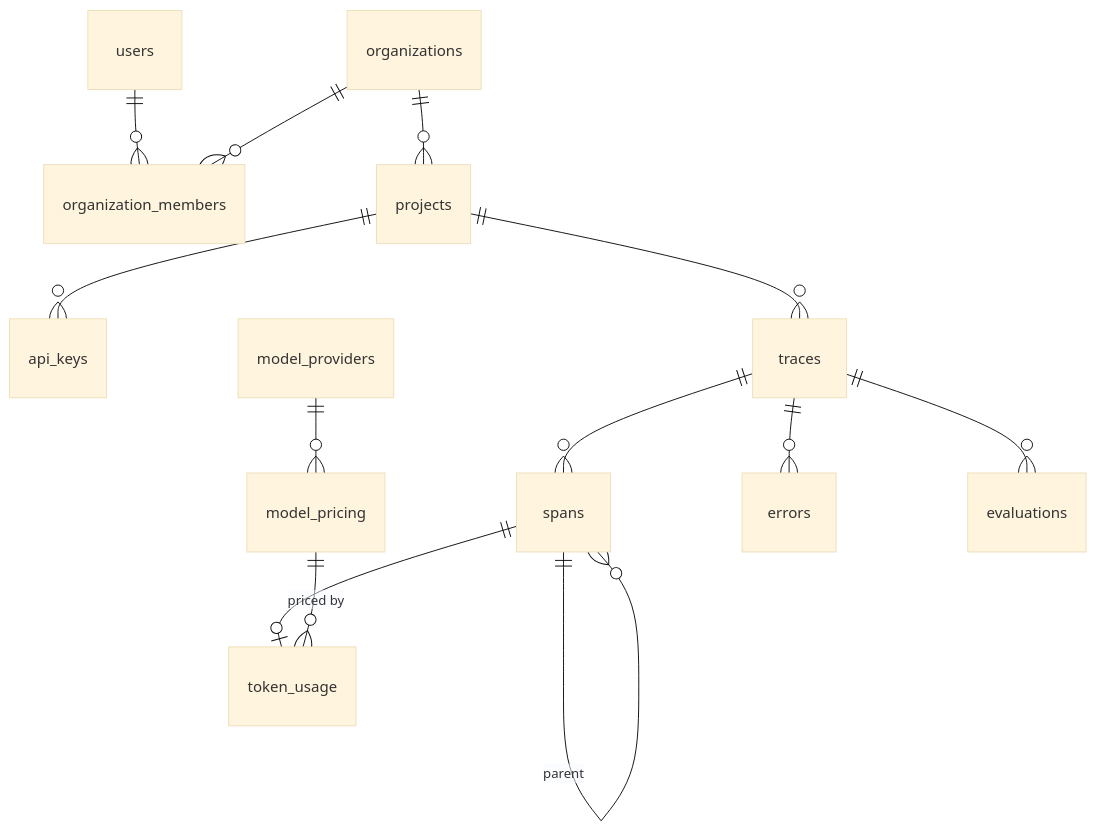
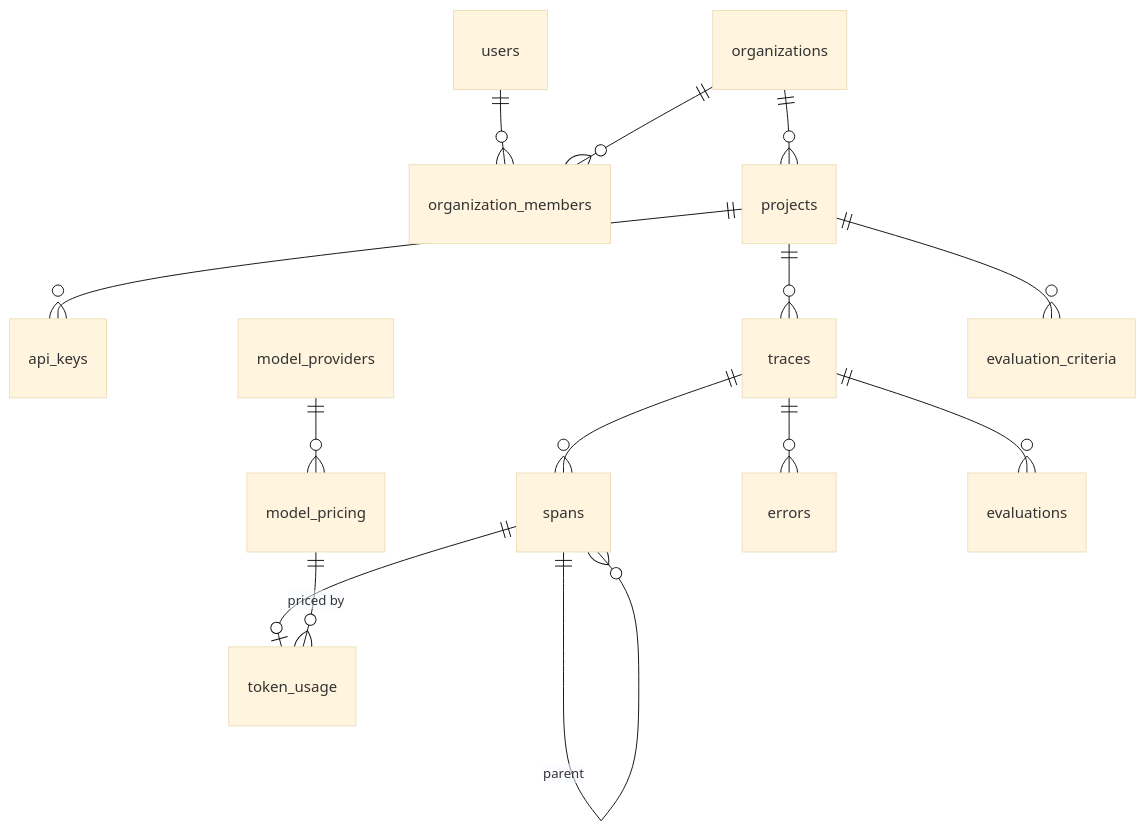
Before and after one commit to MatheusPereira64/TraceMind: the second of 2 diagrams in docs/ARCHITECTURE.md, drawn with Mermaid (base theme). The commit also changed other lines of this file and 60 other files, not shown here.

````diff
--- a/docs/ARCHITECTURE.md
+++ b/docs/ARCHITECTURE.md
@@ -84,15 +85,16 @@
 ```mermaid
 erDiagram
   users ||--o{ organization_members : ""
   organizations ||--o{ organization_members : ""
   organizations ||--o{ projects : ""
   projects ||--o{ api_keys : ""
   projects ||--o{ traces : ""
   traces ||--o{ spans : ""
   spans ||--o{ spans : "parent"
   spans ||--o| token_usage : ""
   model_providers ||--o{ model_pricing : ""
   model_pricing ||--o{ token_usage : "priced by"
   traces ||--o{ errors : ""
   traces ||--o{ evaluations : ""
+  projects ||--o{ evaluation_criteria : ""
 ```
````
